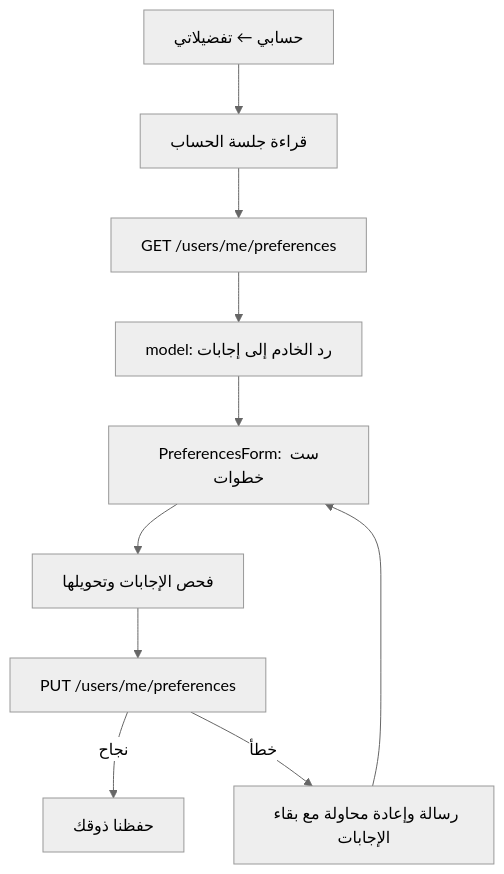
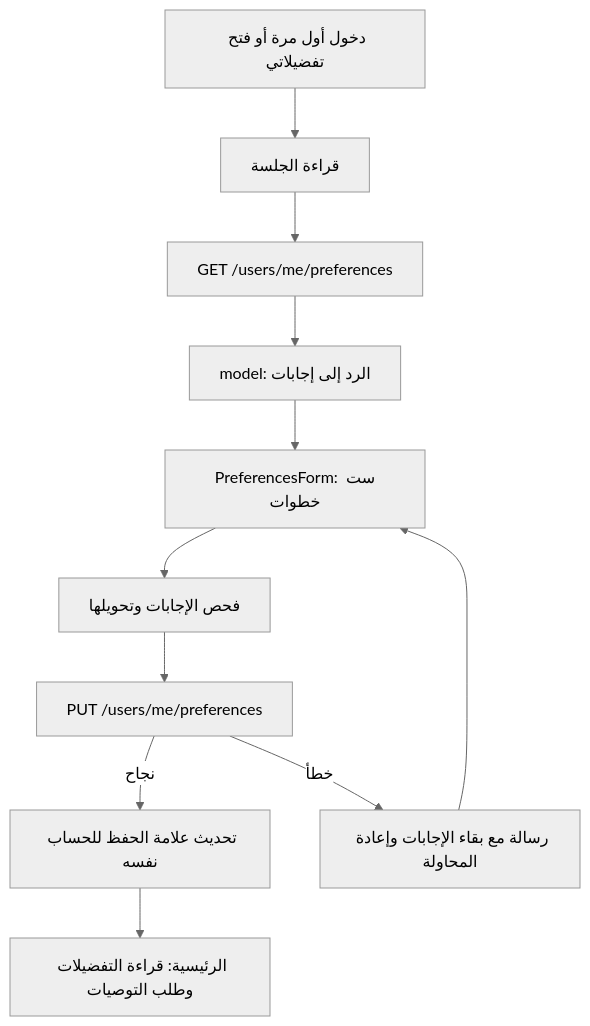
Before and after one commit to shathaaa1110-arch/Portfolio-Project: the diagram in Docs/Preferences-Implementation.ar.md, drawn with Mermaid (neutral theme). The commit also changed other lines of this file and 127 other files, not shown here.

Commit message:
Complete Home browsing and account preference integration

````diff
--- a/Docs/Preferences-Implementation.ar.md
+++ b/Docs/Preferences-Implementation.ar.md
@@ -40,12 +38,13 @@
 ```mermaid
 flowchart TD
-    Account["حسابي ← تفضيلاتي"] --> Session["قراءة جلسة الحساب"]
+    Login["دخول أول مرة أو فتح تفضيلاتي"] --> Session["قراءة الجلسة"]
     Session --> Get["GET /users/me/preferences"]
-    Get --> Decode["model: رد الخادم إلى إجابات"]
+    Get --> Decode["model: الرد إلى إجابات"]
     Decode --> Form["PreferencesForm: ست خطوات"]
     Form --> Validate["فحص الإجابات وتحويلها"]
     Validate --> Put["PUT /users/me/preferences"]
-    Put -->|نجاح| Saved["حفظنا ذوقك"]
-    Put -->|خطأ| Retry["رسالة وإعادة محاولة مع بقاء الإجابات"]
+    Put -->|نجاح| Saved["تحديث علامة الحفظ للحساب نفسه"]
+    Saved --> Home["الرئيسية: قراءة التفضيلات وطلب التوصيات"]
+    Put -->|خطأ| Retry["رسالة مع بقاء الإجابات وإعادة المحاولة"]
     Retry --> Form
 ```
````
